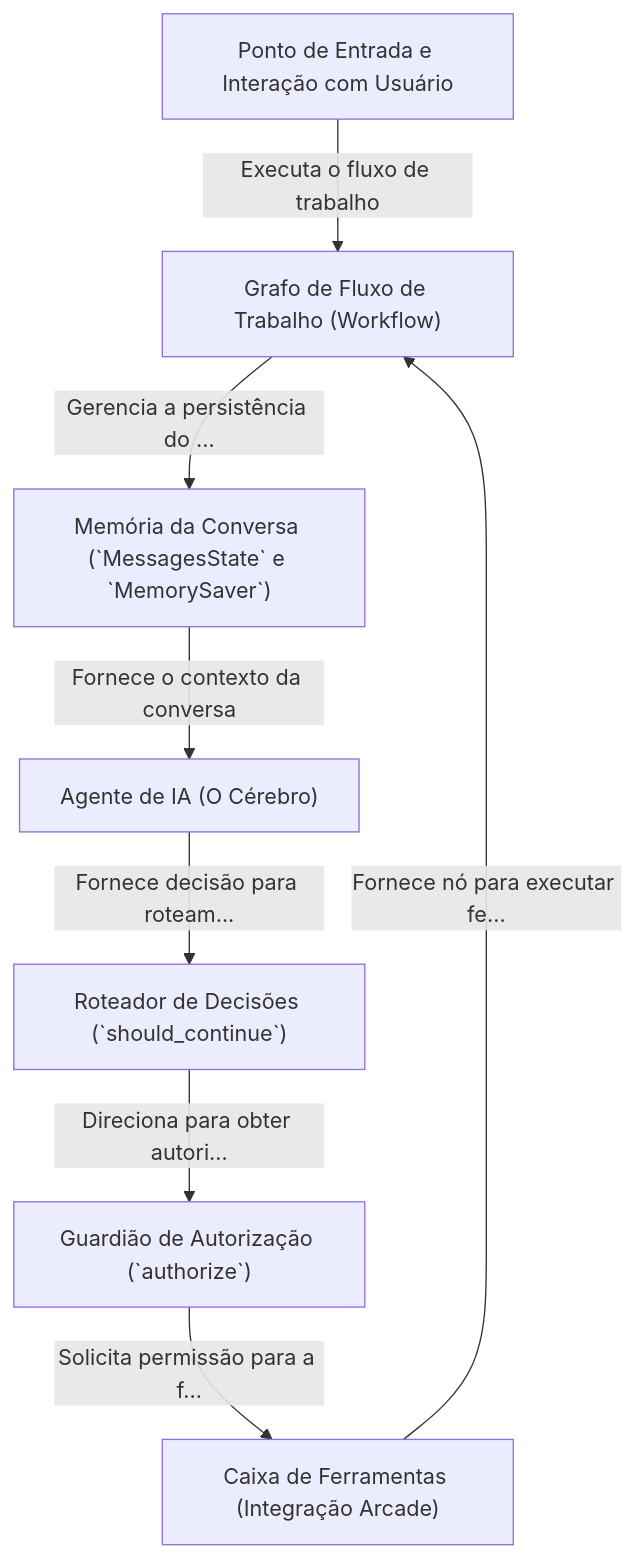
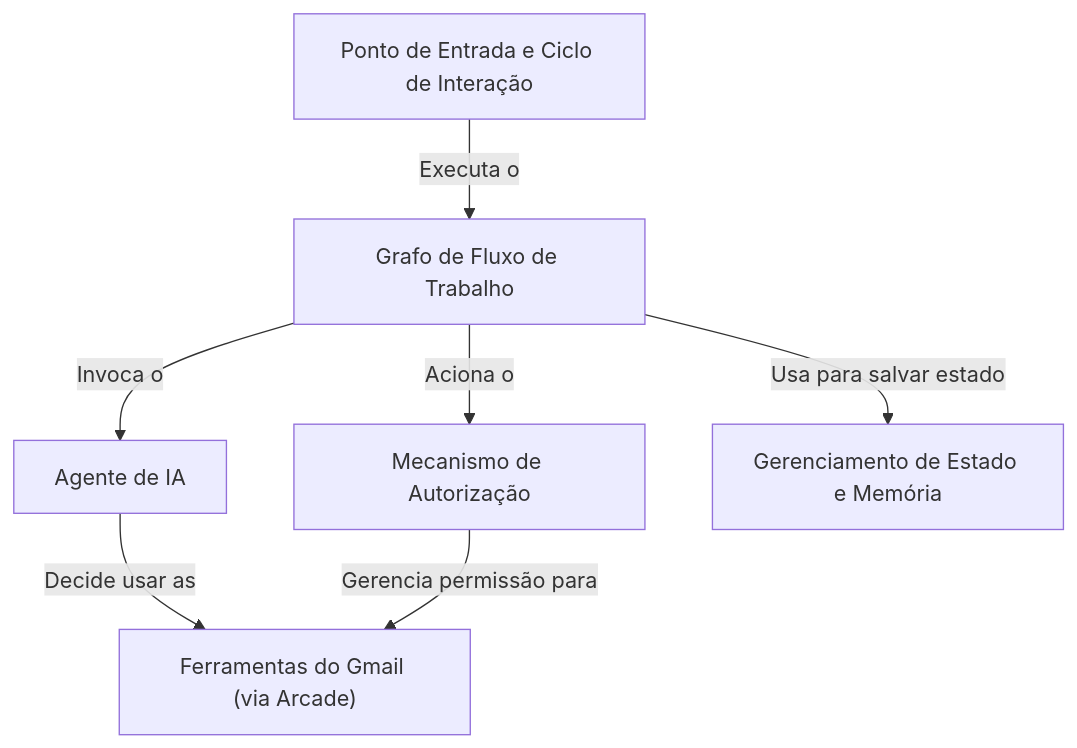
The diagram in README.md (gabriel-silveira/chatbot-with-tools-and-auth), drawn with Mermaid before and after one commit. The commit also changed other lines of this file and 25 other files, not shown here.

````diff
--- a/README.md
+++ b/README.md
@@ -8,24 +8,21 @@
 ```mermaid
 flowchart TD
-    A0["Grafo de Fluxo de Trabalho (Workflow)
+    A0["Grafo de Fluxo de Trabalho
 "]
-    A1["Agente de IA (O Cérebro)
+    A1["Agente de IA
 "]
-    A2["Caixa de Ferramentas (Integração Arcade)
+    A2["Ferramentas do Gmail (via Arcade)
 "]
-    A3["Roteador de Decisões (`should_continue`)
+    A3["Mecanismo de Autorização
 "]
-    A4["Guardião de Autorização (`authorize`)
+    A4["Ponto de Entrada e Ciclo de Interação
 "]
-    A5["Memória da Conversa (`MessagesState` e `MemorySaver`)
+    A5["Gerenciamento de Estado e Memória
 "]
-    A6["Ponto de Entrada e Interação com Usuário
-"]
-    A6 -- "Executa o fluxo de trabalho" --> A0
-    A0 -- "Gerencia a persistência do ..." --> A5
-    A5 -- "Fornece o contexto da conversa" --> A1
-    A1 -- "Fornece decisão para roteam..." --> A3
-    A3 -- "Direciona para obter autori..." --> A4
-    A4 -- "Solicita permissão para a f..." --> A2
-    A2 -- "Fornece nó para executar fe..." --> A0
+    A4 -- "Executa o" --> A0
+    A0 -- "Invoca o" --> A1
+    A1 -- "Decide usar as" --> A2
+    A0 -- "Aciona o" --> A3
+    A3 -- "Gerencia permissão para" --> A2
+    A0 -- "Usa para salvar estado" --> A5
 ```
````
